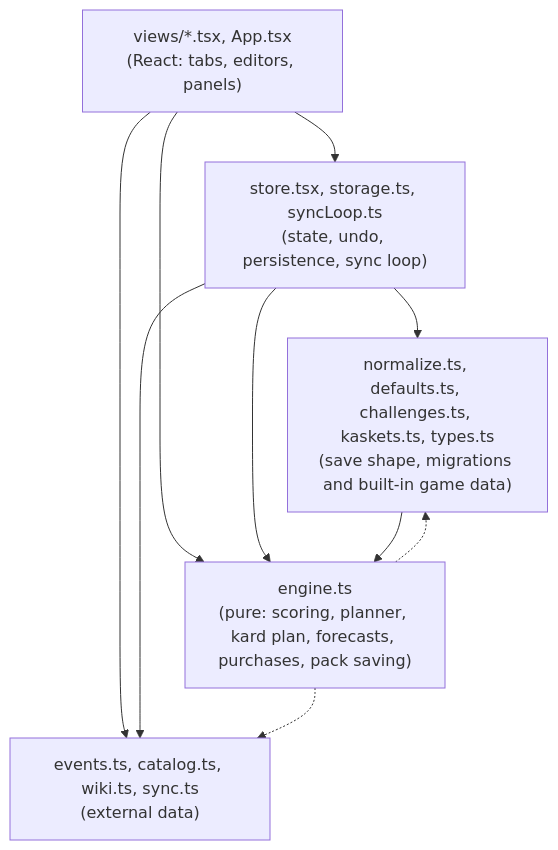
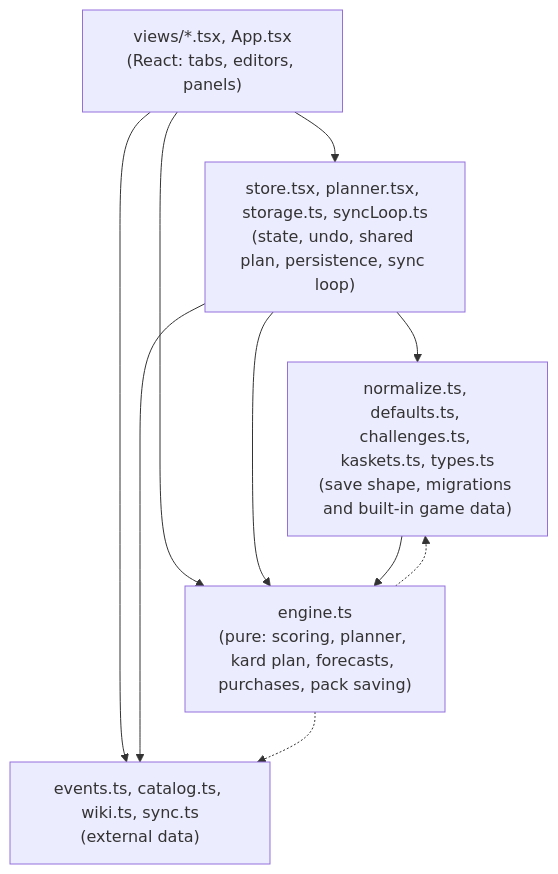
One commit to Simba3696/mkmax changed the second of 3 diagrams in docs/architecture.md. Above: the diagram before and after it, drawn with Mermaid. The commit also changed other lines of this file and 34 other files, not shown here.

First line of the commit message:
feat: finish the TODOs: tap the logo for the Plan, Kaskets that respect your rarities, one shared plan, and screen tests (#7)

````diff
--- a/docs/architecture.md
+++ b/docs/architecture.md
@@ -31,17 +31,17 @@
 ```mermaid
 flowchart TB
   Views["views/*.tsx, App.tsx<br/>(React: tabs, editors, panels)"]
-  Store["store.tsx, storage.ts, syncLoop.ts<br/>(state, undo, persistence, sync loop)"]
+  Store["store.tsx, planner.tsx, storage.ts, syncLoop.ts<br/>(state, undo, shared plan, persistence, sync loop)"]
   Engine["engine.ts<br/>(pure: scoring, planner, kard plan, forecasts, purchases, pack saving)"]
   Data["normalize.ts, defaults.ts, challenges.ts, kaskets.ts, types.ts<br/>(save shape, migrations and built-in game data)"]
   Ext["events.ts, catalog.ts, wiki.ts, sync.ts<br/>(external data)"]
   Views --> Store
   Views --> Engine
   Views --> Ext
   Store --> Data
   Store --> Engine
   Store --> Ext
   Data --> Engine
   Engine -.-> Data
   Engine -.-> Ext
 ```
````
